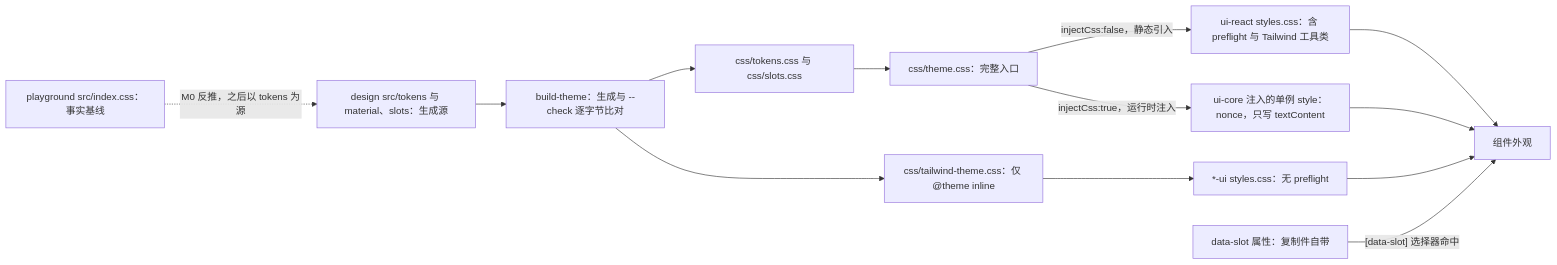
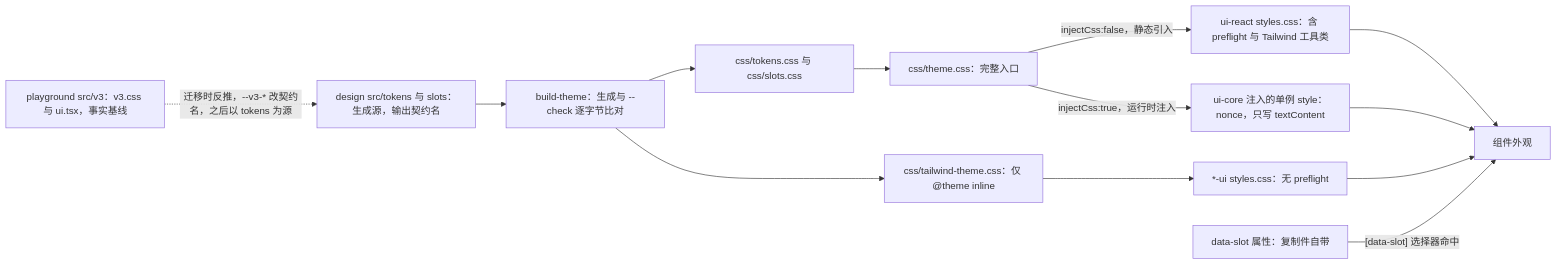
One commit to Xeonice/cordis-ppt-editor changed the second of 8 diagrams in docs/50-frontend/09-ui-system-and-theming.md. Above: the diagram before and after it, drawn with Mermaid. The commit also changed other lines of this file and 25 other files, not shown here.

````diff
--- a/docs/50-frontend/09-ui-system-and-theming.md
+++ b/docs/50-frontend/09-ui-system-and-theming.md
@@ -96,24 +111,24 @@
 ```mermaid
 flowchart LR
-  pg["playground src/index.css：事实基线"]
-  tok["design src/tokens 与 material、slots：生成源"]
+  pg["playground src/v3：v3.css 与 ui.tsx，事实基线"]
+  tok["design src/tokens 与 slots：生成源，输出契约名"]
   gen["build-theme：生成与 --check 逐字节比对"]
   css["css/tokens.css 与 css/slots.css"]
   theme["css/theme.css：完整入口"]
   twTheme["css/tailwind-theme.css：仅 @theme inline"]
   styles["ui-react styles.css：含 preflight 与 Tailwind 工具类"]
   inject["ui-core 注入的单例 style：nonce，只写 textContent"]
   uiStyles["*-ui styles.css：无 preflight"]
   slot["data-slot 属性：复制件自带"]
   comp["组件外观"]
-  pg -.->|"M0 反推，之后以 tokens 为源"| tok
+  pg -.->|"迁移时反推，--v3-* 改契约名，之后以 tokens 为源"| tok
   tok --> gen --> css --> theme
   gen --> twTheme
   theme -->|"injectCss:false，静态引入"| styles
   theme -->|"injectCss:true，运行时注入"| inject
   twTheme --> uiStyles
   styles --> comp
   inject --> comp
   uiStyles --> comp
   slot -->|"[data-slot] 选择器命中"| comp
 ```
````
